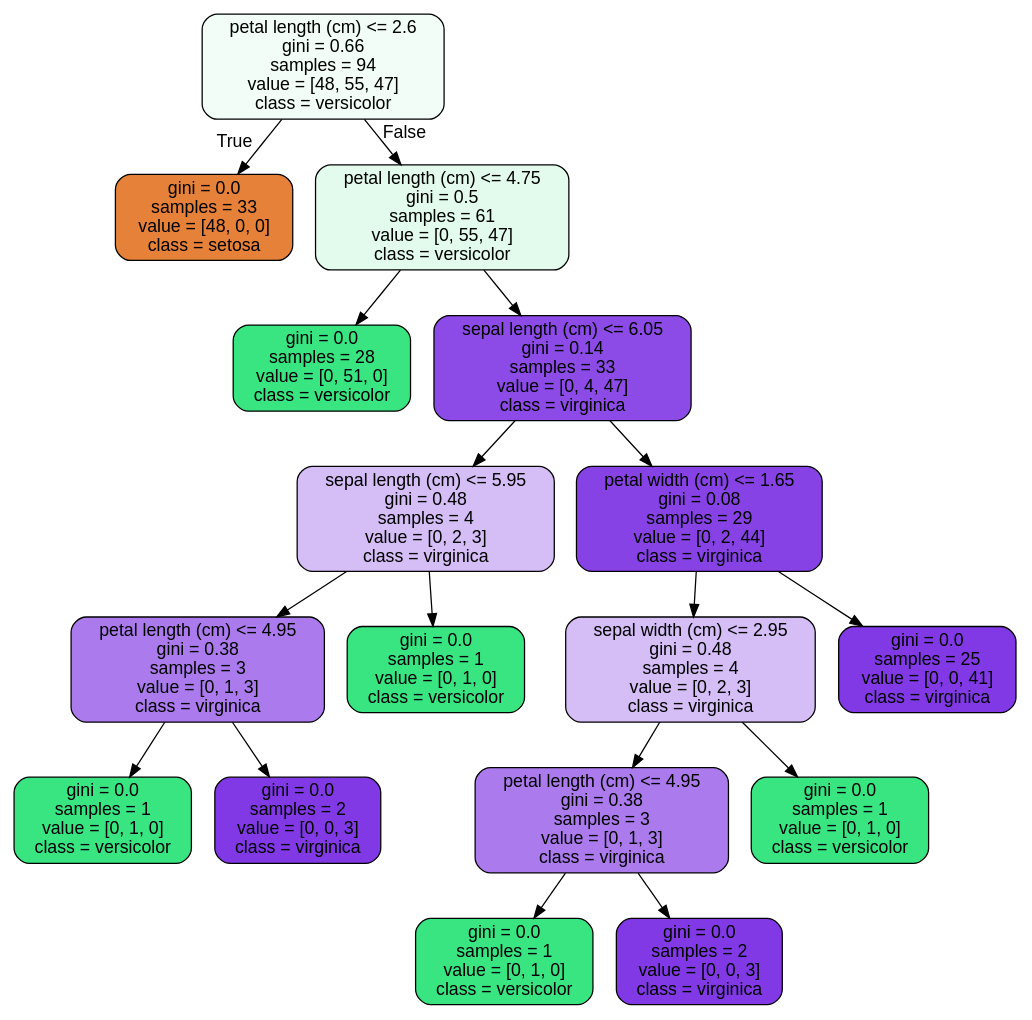
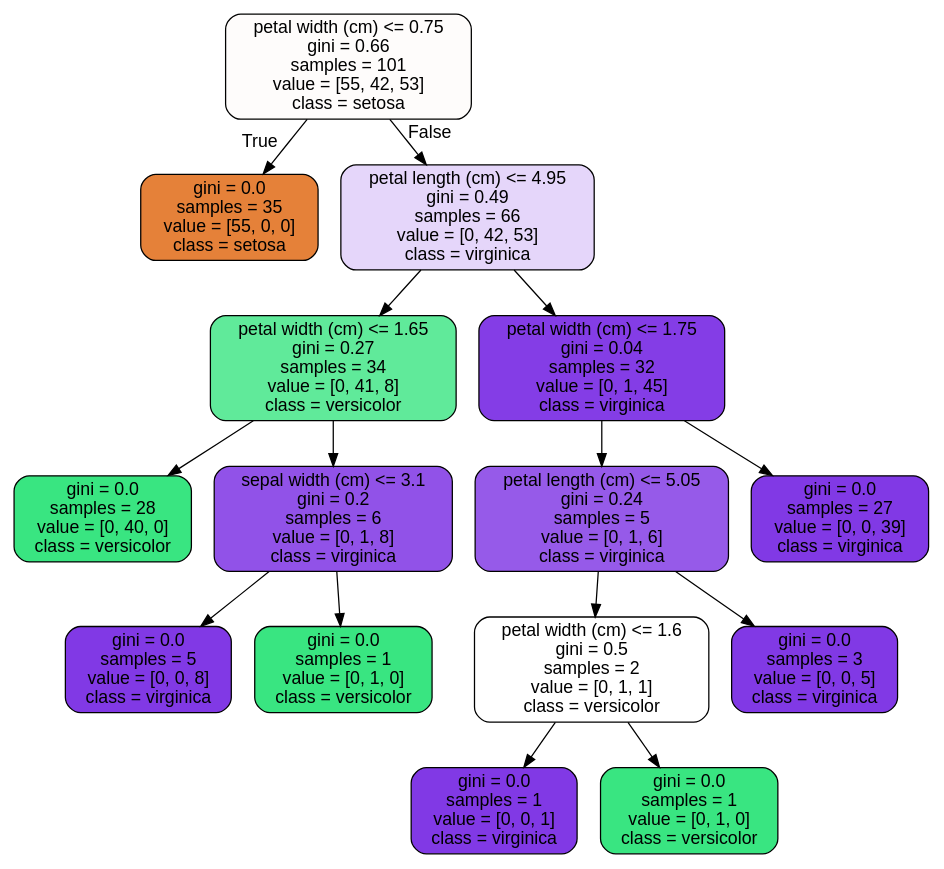
The diagram in Unit 14.4 - Random Forest Case Study/tree.dot (sandriyishen/Springboard_2021), drawn with Graphviz before and after one commit. The commit also changed 3 other files, not shown here.

```diff
--- a/Unit 14.4 - Random Forest Case Study/tree.dot
+++ b/Unit 14.4 - Random Forest Case Study/tree.dot
@@ -1,37 +1,33 @@
 digraph Tree {
 node [shape=box, style="filled, rounded", color="black", fontname=helvetica] ;
 edge [fontname=helvetica] ;
-0 [label="petal length (cm) <= 2.6\ngini = 0.66\nsamples = 94\nvalue = [48, 55, 47]\nclass = versicolor", fillcolor="#f1fdf6"] ;
-1 [label="gini = 0.0\nsamples = 33\nvalue = [48, 0, 0]\nclass = setosa", fillcolor="#e58139"] ;
+0 [label="petal width (cm) <= 0.75\ngini = 0.66\nsamples = 101\nvalue = [55, 42, 53]\nclass = setosa", fillcolor="#fefcfb"] ;
+1 [label="gini = 0.0\nsamples = 35\nvalue = [55, 0, 0]\nclass = setosa", fillcolor="#e58139"] ;
 0 -> 1 [labeldistance=2.5, labelangle=45, headlabel="True"] ;
-2 [label="petal length (cm) <= 4.75\ngini = 0.5\nsamples = 61\nvalue = [0, 55, 47]\nclass = versicolor", fillcolor="#e2fbed"] ;
+2 [label="petal length (cm) <= 4.95\ngini = 0.49\nsamples = 66\nvalue = [0, 42, 53]\nclass = virginica", fillcolor="#e5d6fa"] ;
 0 -> 2 [labeldistance=2.5, labelangle=-45, headlabel="False"] ;
-3 [label="gini = 0.0\nsamples = 28\nvalue = [0, 51, 0]\nclass = versicolor", fillcolor="#39e581"] ;
+3 [label="petal width (cm) <= 1.65\ngini = 0.27\nsamples = 34\nvalue = [0, 41, 8]\nclass = versicolor", fillcolor="#60ea9a"] ;
 2 -> 3 ;
-4 [label="sepal length (cm) <= 6.05\ngini = 0.14\nsamples = 33\nvalue = [0, 4, 47]\nclass = virginica", fillcolor="#8c4ae7"] ;
-2 -> 4 ;
-5 [label="sepal length (cm) <= 5.95\ngini = 0.48\nsamples = 4\nvalue = [0, 2, 3]\nclass = virginica", fillcolor="#d5bdf6"] ;
-4 -> 5 ;
-6 [label="petal length (cm) <= 4.95\ngini = 0.38\nsamples = 3\nvalue = [0, 1, 3]\nclass = virginica", fillcolor="#ab7bee"] ;
+4 [label="gini = 0.0\nsamples = 28\nvalue = [0, 40, 0]\nclass = versicolor", fillcolor="#39e581"] ;
+3 -> 4 ;
+5 [label="sepal width (cm) <= 3.1\ngini = 0.2\nsamples = 6\nvalue = [0, 1, 8]\nclass = virginica", fillcolor="#9152e8"] ;
+3 -> 5 ;
+6 [label="gini = 0.0\nsamples = 5\nvalue = [0, 0, 8]\nclass = virginica", fillcolor="#8139e5"] ;
 5 -> 6 ;
 7 [label="gini = 0.0\nsamples = 1\nvalue = [0, 1, 0]\nclass = versicolor", fillcolor="#39e581"] ;
-6 -> 7 ;
-8 [label="gini = 0.0\nsamples = 2\nvalue = [0, 0, 3]\nclass = virginica", fillcolor="#8139e5"] ;
-6 -> 8 ;
-9 [label="gini = 0.0\nsamples = 1\nvalue = [0, 1, 0]\nclass = versicolor", fillcolor="#39e581"] ;
-5 -> 9 ;
-10 [label="petal width (cm) <= 1.65\ngini = 0.08\nsamples = 29\nvalue = [0, 2, 44]\nclass = virginica", fillcolor="#8742e6"] ;
-4 -> 10 ;
-11 [label="sepal width (cm) <= 2.95\ngini = 0.48\nsamples = 4\nvalue = [0, 2, 3]\nclass = virginica", fillcolor="#d5bdf6"] ;
+5 -> 7 ;
+8 [label="petal width (cm) <= 1.75\ngini = 0.04\nsamples = 32\nvalue = [0, 1, 45]\nclass = virginica", fillcolor="#843de6"] ;
+2 -> 8 ;
+9 [label="petal length (cm) <= 5.05\ngini = 0.24\nsamples = 5\nvalue = [0, 1, 6]\nclass = virginica", fillcolor="#965ae9"] ;
+8 -> 9 ;
+10 [label="petal width (cm) <= 1.6\ngini = 0.5\nsamples = 2\nvalue = [0, 1, 1]\nclass = versicolor", fillcolor="#ffffff"] ;
+9 -> 10 ;
+11 [label="gini = 0.0\nsamples = 1\nvalue = [0, 0, 1]\nclass = virginica", fillcolor="#8139e5"] ;
 10 -> 11 ;
-12 [label="petal length (cm) <= 4.95\ngini = 0.38\nsamples = 3\nvalue = [0, 1, 3]\nclass = virginica", fillcolor="#ab7bee"] ;
-11 -> 12 ;
-13 [label="gini = 0.0\nsamples = 1\nvalue = [0, 1, 0]\nclass = versicolor", fillcolor="#39e581"] ;
-12 -> 13 ;
-14 [label="gini = 0.0\nsamples = 2\nvalue = [0, 0, 3]\nclass = virginica", fillcolor="#8139e5"] ;
-12 -> 14 ;
-15 [label="gini = 0.0\nsamples = 1\nvalue = [0, 1, 0]\nclass = versicolor", fillcolor="#39e581"] ;
-11 -> 15 ;
-16 [label="gini = 0.0\nsamples = 25\nvalue = [0, 0, 41]\nclass = virginica", fillcolor="#8139e5"] ;
-10 -> 16 ;
+12 [label="gini = 0.0\nsamples = 1\nvalue = [0, 1, 0]\nclass = versicolor", fillcolor="#39e581"] ;
+10 -> 12 ;
+13 [label="gini = 0.0\nsamples = 3\nvalue = [0, 0, 5]\nclass = virginica", fillcolor="#8139e5"] ;
+9 -> 13 ;
+14 [label="gini = 0.0\nsamples = 27\nvalue = [0, 0, 39]\nclass = virginica", fillcolor="#8139e5"] ;
+8 -> 14 ;
 }
```
